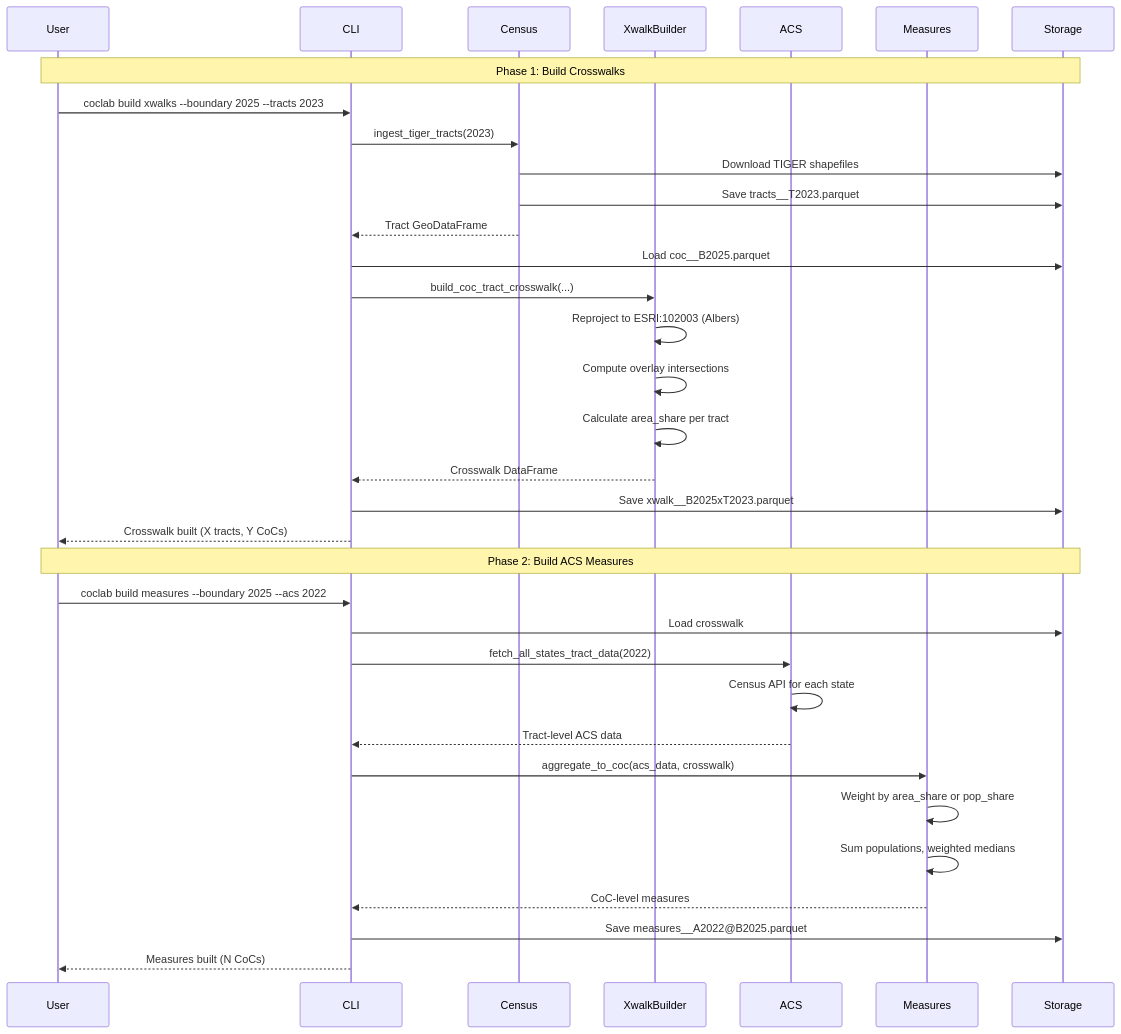
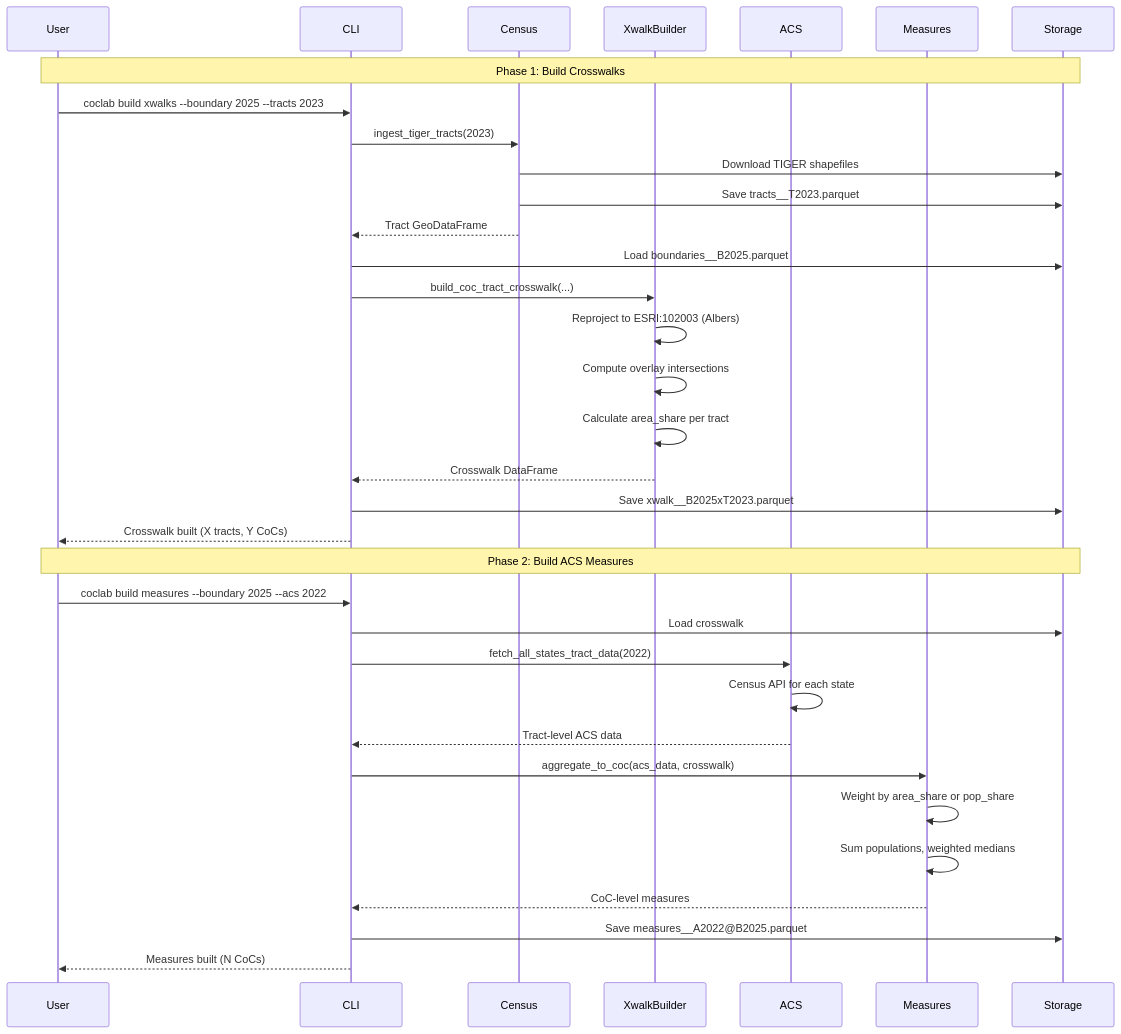
The fourth of 4 diagrams in manual-obsidian/08-Workflows.md (mlmcconnell1/HHP-Lab), drawn with Mermaid before and after one commit. The commit also changed other lines of this file and 6 other files, not shown here.

````diff
--- a/manual-obsidian/08-Workflows.md
+++ b/manual-obsidian/08-Workflows.md
@@ -77,38 +77,38 @@
 ```mermaid
 sequenceDiagram
     participant User
     participant CLI
     participant Census
     participant XwalkBuilder
     participant ACS
     participant Measures
     participant Storage
 
     Note over User,Storage: Phase 1: Build Crosswalks
     User->>CLI: coclab build xwalks --boundary 2025 --tracts 2023
     CLI->>Census: ingest_tiger_tracts(2023)
     Census->>Storage: Download TIGER shapefiles
     Census->>Storage: Save tracts__T2023.parquet
     Census-->>CLI: Tract GeoDataFrame
-    CLI->>Storage: Load coc__B2025.parquet
+    CLI->>Storage: Load boundaries__B2025.parquet
     CLI->>XwalkBuilder: build_coc_tract_crosswalk(...)
     XwalkBuilder->>XwalkBuilder: Reproject to ESRI:102003 (Albers)
     XwalkBuilder->>XwalkBuilder: Compute overlay intersections
     XwalkBuilder->>XwalkBuilder: Calculate area_share per tract
     XwalkBuilder-->>CLI: Crosswalk DataFrame
     CLI->>Storage: Save xwalk__B2025xT2023.parquet
     CLI-->>User: Crosswalk built (X tracts, Y CoCs)
 
     Note over User,Storage: Phase 2: Build ACS Measures
     User->>CLI: coclab build measures --boundary 2025 --acs 2022
     CLI->>Storage: Load crosswalk
     CLI->>ACS: fetch_all_states_tract_data(2022)
     ACS->>ACS: Census API for each state
     ACS-->>CLI: Tract-level ACS data
     CLI->>Measures: aggregate_to_coc(acs_data, crosswalk)
     Measures->>Measures: Weight by area_share or pop_share
     Measures->>Measures: Sum populations, weighted medians
     Measures-->>CLI: CoC-level measures
     CLI->>Storage: Save measures__A2022@B2025.parquet
     CLI-->>User: Measures built (N CoCs)
 ```
````
